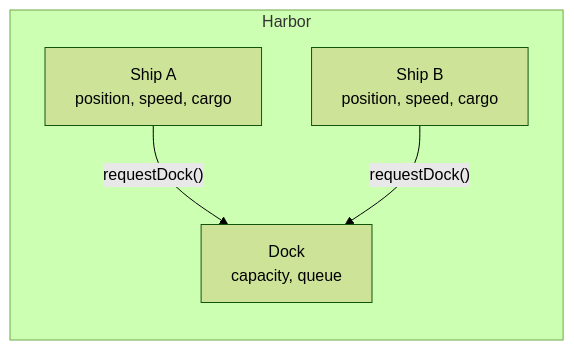
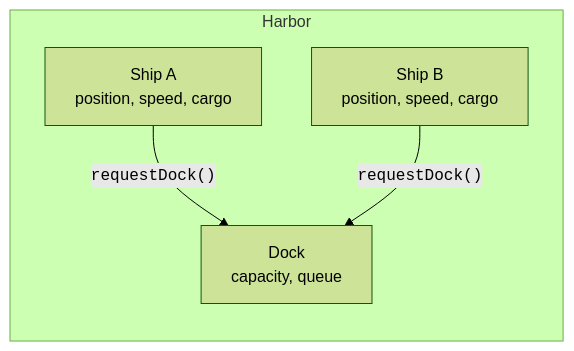
Before and after one commit to dataslope/dataslope: the first of 2 diagrams in content/learn/intro-modern-csharp/rise-of-oop.mdx, drawn with Mermaid (forest theme). The commit also changed 46 other files, not shown here.

First line of the commit message:
Wrap code in mermaid edge labels + entity/table names in DB diagrams

````diff
--- a/content/learn/intro-modern-csharp/rise-of-oop.mdx
+++ b/content/learn/intro-modern-csharp/rise-of-oop.mdx
@@ -32,10 +32,10 @@
 ```mermaid
 flowchart LR
     subgraph Harbor
         S1[Ship A<br/>position, speed, cargo]
         S2[Ship B<br/>position, speed, cargo]
         D[Dock<br/>capacity, queue]
     end
-    S1 -->|"requestDock()"| D
-    S2 -->|"requestDock()"| D
+    S1 -->|"<code>requestDock()</code>"| D
+    S2 -->|"<code>requestDock()</code>"| D
 ```
````
